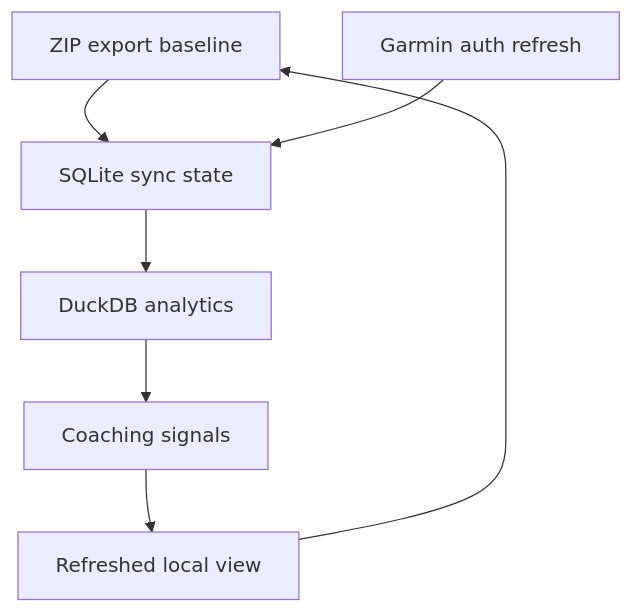
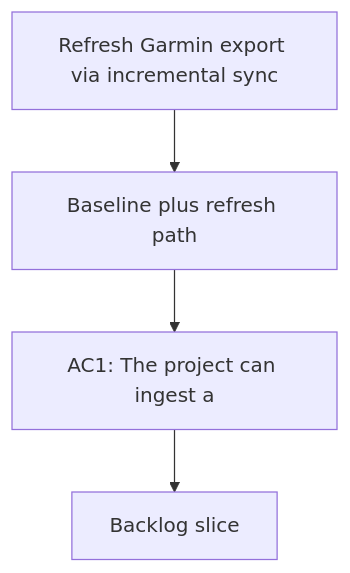
Before and after one commit to Jilanos/Coach_garmin: the diagram in logics/request/req_010_refresh_garmin_export_via_incremental_sync_and_harden_training_data_foundation.md, drawn with Mermaid. The commit also changed other lines of this file and 86 other files, not shown here.

Commit message:
Harden chart UX and UTF-8 handling

````diff
--- a/logics/request/req_010_refresh_garmin_export_via_incremental_sync_and_harden_training_data_foundation.md
+++ b/logics/request/req_010_refresh_garmin_export_via_incremental_sync_and_harden_training_data_foundation.md
@@ -51,11 +51,8 @@
 ```mermaid
 %% logics-kind: request
 %% logics-signature: request|refresh-garmin-export-via-incremental-sy|describe-the-need|ac1-the-project-can-ingest-a
 flowchart TD
-    Zip[ZIP export baseline] --> State[SQLite sync state]
-    Auth[Garmin auth refresh] --> State
-    State --> Duck[DuckDB analytics]
-    Duck --> Coach[Coaching signals]
-    Coach --> Export[Refreshed local view]
-    Export --> Zip
+    Trigger[Refresh Garmin export via incremental sync] --> Need[Baseline plus refresh path]
+    Need --> Outcome[AC1: The project can ingest a]
+    Outcome --> Backlog[Backlog slice]
 ```
````
